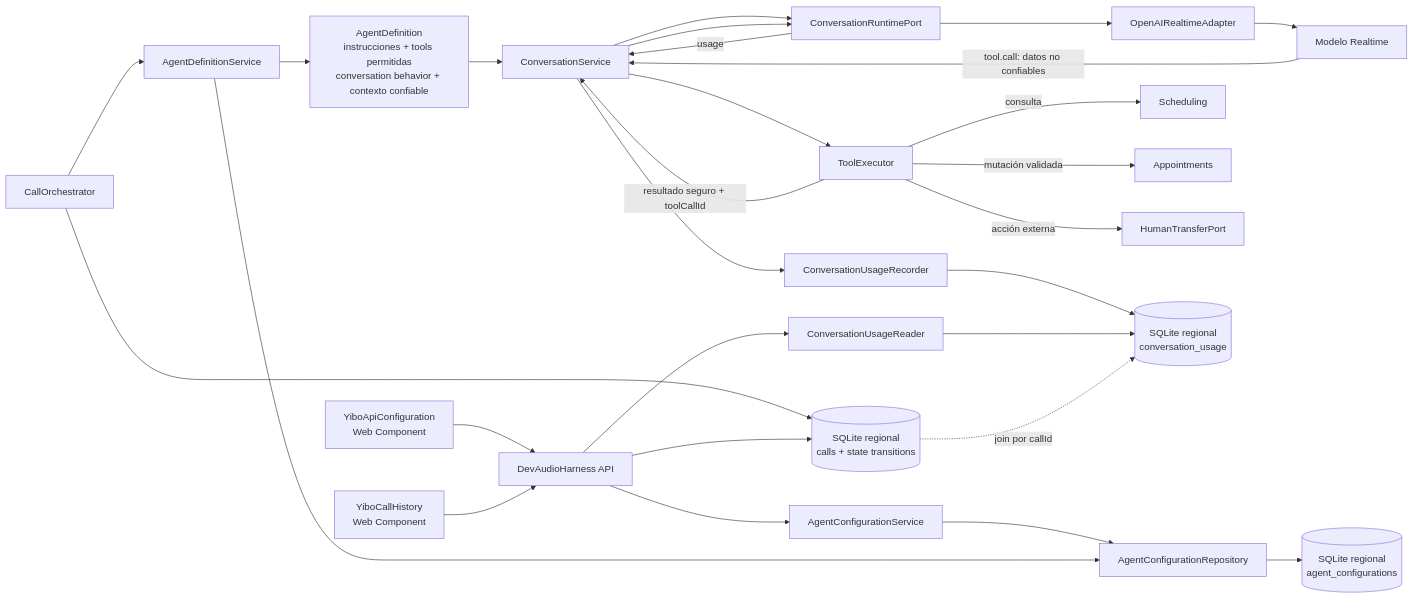
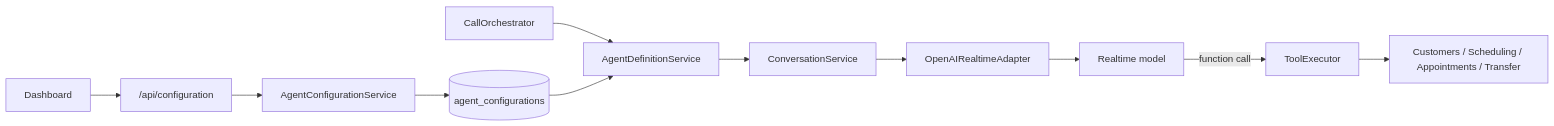
Before and after one commit to AlanCole1234/YIBO_AI_RECEPTIONIST: the diagram in docs/AGENT_CONFIGURATION_AND_CAPABILITIES.md, drawn with Mermaid. The commit also changed other lines of this file and 4 other files, not shown here.

Commit message:
docs: align architecture with executable system

````diff
--- a/docs/AGENT_CONFIGURATION_AND_CAPABILITIES.md
+++ b/docs/AGENT_CONFIGURATION_AND_CAPABILITIES.md
@@ -5,33 +8,13 @@
 ```mermaid
 flowchart LR
-  UI["YiboApiConfiguration<br/>Web Component"] --> API["DevAudioHarness API"]
-  API --> CS["AgentConfigurationService"]
-  CS --> CR["AgentConfigurationRepository"]
-  CR --> DB[("SQLite regional<br/>agent_configurations")]
-
-  CALL["CallOrchestrator"] --> ADS["AgentDefinitionService"]
-  ADS --> CR
-  ADS --> DEF["AgentDefinition<br/>instrucciones + tools permitidas<br/>conversation behavior + contexto confiable"]
+  UI["Dashboard"] --> API["/api/configuration"]
+  API --> CFG["AgentConfigurationService"]
+  CFG --> DB[("agent_configurations")]
+  CALL["CallOrchestrator"] --> DEF["AgentDefinitionService"]
+  DB --> DEF
   DEF --> CONV["ConversationService"]
-  CONV --> RT["ConversationRuntimePort"]
-  RT --> OA["OpenAIRealtimeAdapter"]
-  OA --> MODEL["Modelo Realtime"]
-
-  MODEL -->|"tool.call: datos no confiables"| CONV
-  CONV --> TE["ToolExecutor"]
-  TE -->|"consulta"| SCH["Scheduling"]
-  TE -->|"mutación validada"| APP["Appointments"]
-  TE -->|"acción externa"| HUMAN["HumanTransferPort"]
-  TE -->|"resultado seguro + toolCallId"| CONV
-  CONV --> RT
-
-  RT -->|"usage"| CONV
-  CONV --> UR["ConversationUsageRecorder"]
-  UR --> USAGE[("SQLite regional<br/>conversation_usage")]
-  API --> URD["ConversationUsageReader"]
-  URD --> USAGE
-  CALL --> CALLS[("SQLite regional<br/>calls + state transitions")]
-  HISTORY["YiboCallHistory<br/>Web Component"] --> API
-  API --> CALLS
-  CALLS -. "join por callId" .-> USAGE
+  CONV --> RT["OpenAIRealtimeAdapter"]
+  RT --> MODEL["Realtime model"]
+  MODEL -->|"function call"| EXEC["ToolExecutor"]
+  EXEC --> DOMAIN["Customers / Scheduling / Appointments / Transfer"]
 ```
````
